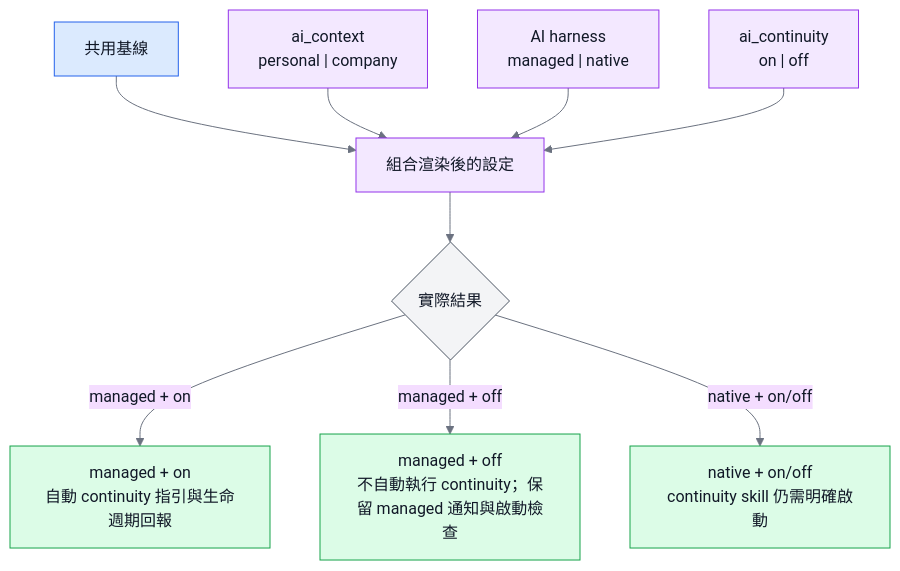
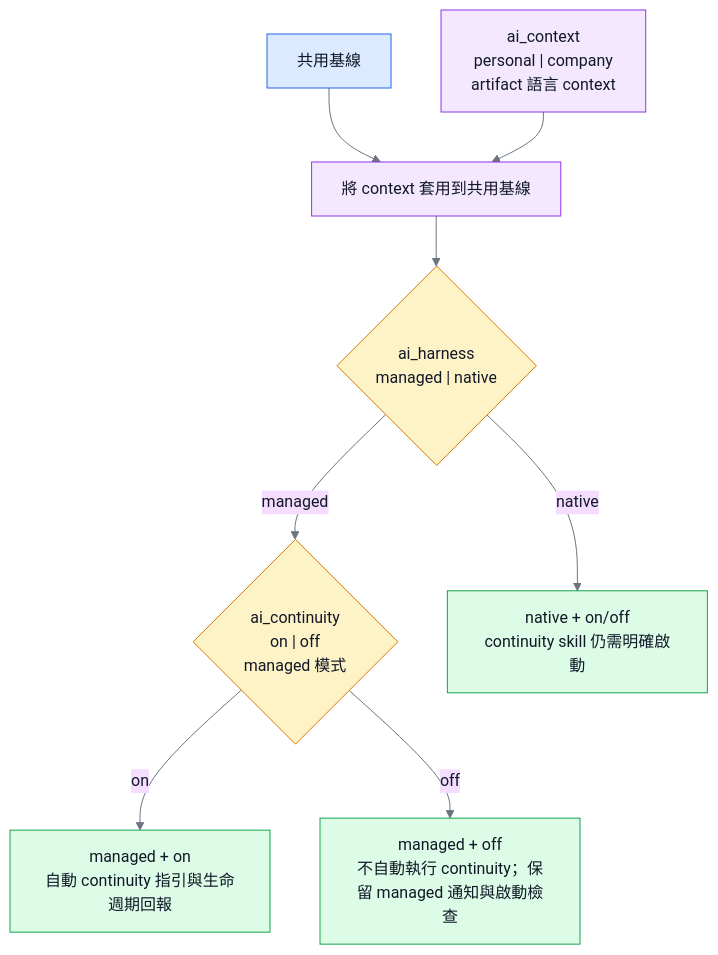
One commit to sherrilla71940/dotfiles changed the second of 4 diagrams in README.zh-TW.md. Above: the diagram before and after it, drawn with Mermaid. The commit also changed other lines of this file and 1 other file, not shown here.

Commit message:
docs(readme): refine diagram boundaries

````diff
--- a/README.zh-TW.md
+++ b/README.zh-TW.md
@@ -91,42 +103,40 @@
 ```mermaid
 %%{init: {"theme": "base", "themeVariables": {"primaryTextColor": "#111827", "nodeTextColor": "#111827", "textColor": "#111827", "lineColor": "#6b7280"}, "flowchart": {"useMaxWidth": true}}}%%
 flowchart TB
     baseline["共用基線"]:::base
-    context["ai_context<br/>personal | company"]:::choice
-    harness["AI harness<br/>managed | native"]:::choice
-    continuity["ai_continuity<br/>on | off"]:::choice
-    compose["組合渲染後的設定"]:::process
-    effective{"實際結果"}:::check
+    context["ai_context<br/>personal | company<br/>artifact 語言 context"]:::choice
+    profile["將 context 套用到共用基線"]:::process
+    harness{"ai_harness<br/>managed | native"}:::decision
+    continuity{"ai_continuity<br/>on | off<br/>managed 模式"}:::decision
     managedOn["managed + on<br/>自動 continuity 指引與生命週期回報"]:::result
     managedOff["managed + off<br/>不自動執行 continuity；保留 managed 通知與啟動檢查"]:::result
     native["native + on/off<br/>continuity skill 仍需明確啟動"]:::result
 
-    baseline --> compose
-    context --> compose
-    harness --> compose
-    continuity --> compose
-    compose --> effective
-    effective -->|"managed + on"| managedOn
-    effective -->|"managed + off"| managedOff
-    effective -->|"native + on/off"| native
+    baseline --> profile
+    context --> profile
+    profile --> harness
+    harness -->|"managed"| continuity
+    continuity -->|"on"| managedOn
+    continuity -->|"off"| managedOff
+    harness -->|"native"| native
 
     classDef base fill:#dbeafe,stroke:#2563eb,color:#111827
     classDef choice fill:#f3e8ff,stroke:#9333ea,color:#111827
     classDef process fill:#f3e8ff,stroke:#9333ea,color:#111827
+    classDef decision fill:#fef3c7,stroke:#d97706,color:#111827
     classDef check fill:#f3f4f6,stroke:#4b5563,color:#111827
     classDef result fill:#dcfce7,stroke:#16a34a,color:#111827
     class baseline base
-    class context,harness,continuity choice
-    class compose process
-    class effective check
+    class context choice
+    class profile process
+    class harness,continuity decision
     class managedOn,managedOff,native result
     style baseline color:#111827
     style context color:#111827
+    style profile color:#111827
     style harness color:#111827
     style continuity color:#111827
-    style compose color:#111827
-    style effective color:#111827
     style managedOn color:#111827
     style managedOff color:#111827
     style native color:#111827
 ```
````
